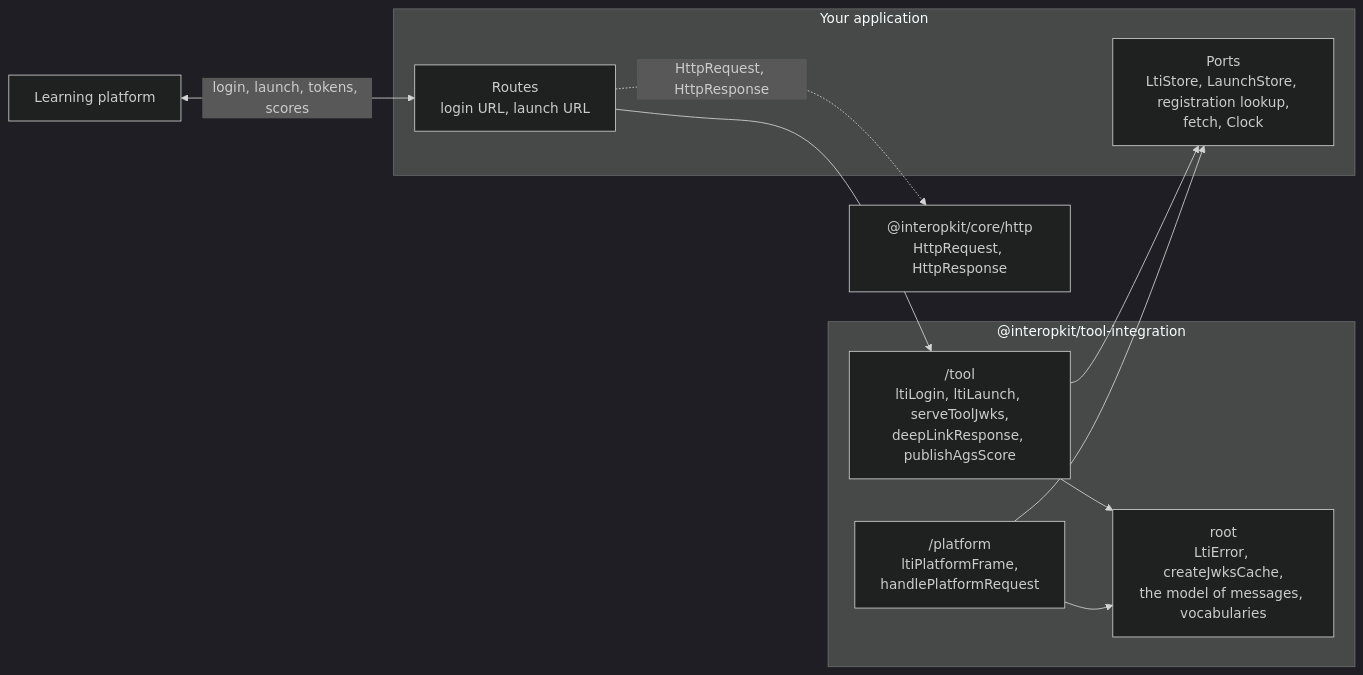
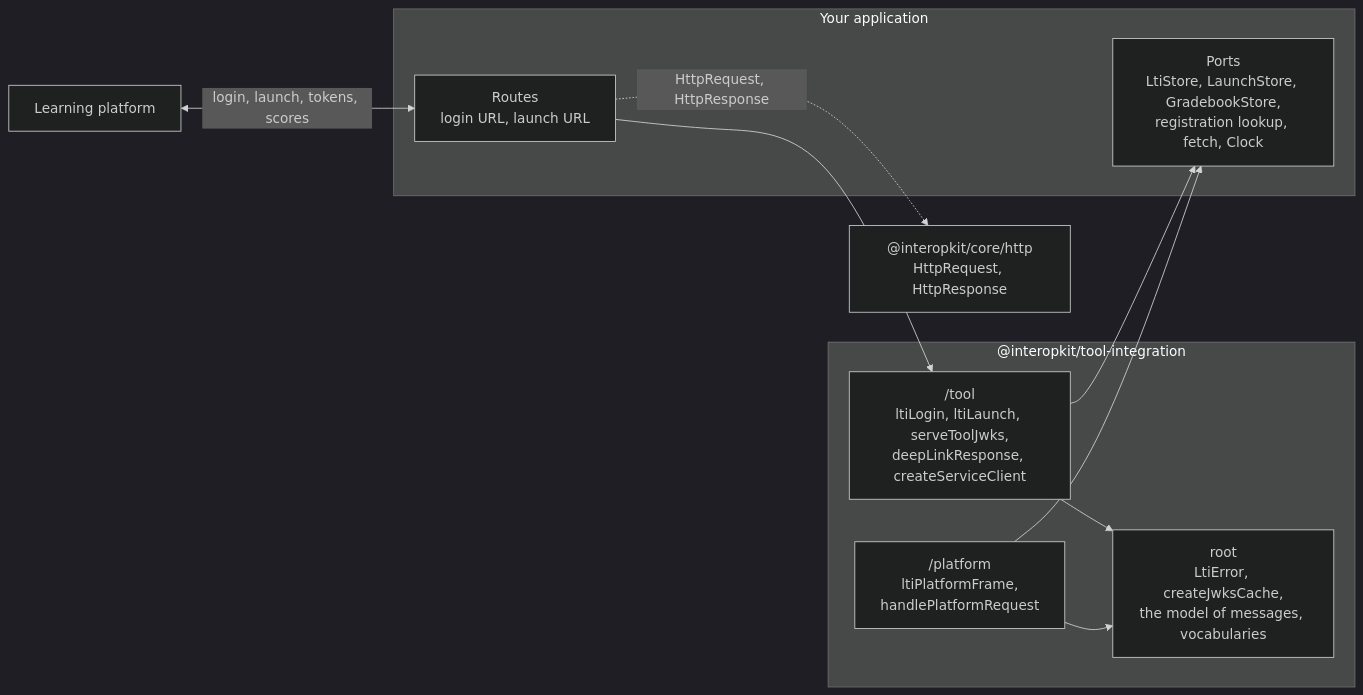
One commit to interopkit/interopkit changed the diagram in packages/tool-integration/README.md. Above: the diagram before and after it, drawn with Mermaid (dark theme). The commit also changed other lines of this file and 58 other files, not shown here.

First line of the commit message:
Serve and call the Assignment and Grade Services over a GradebookStore, with a service client that reuses its tokens

````diff
--- a/packages/tool-integration/README.md
+++ b/packages/tool-integration/README.md
@@ -12,21 +12,21 @@
 ```mermaid
 flowchart LR
   platform["Learning platform"]
   subgraph host["Your application"]
     routes["Routes<br/>login URL, launch URL"]
-    ports["Ports<br/>LtiStore, LaunchStore, registration lookup,<br/>fetch, Clock"]
+    ports["Ports<br/>LtiStore, LaunchStore, GradebookStore,<br/>registration lookup, fetch, Clock"]
   end
   subgraph pkg["@interopkit/tool-integration"]
-    tool["/tool<br/>ltiLogin, ltiLaunch, serveToolJwks,<br/>deepLinkResponse, publishAgsScore"]
+    tool["/tool<br/>ltiLogin, ltiLaunch, serveToolJwks,<br/>deepLinkResponse, createServiceClient"]
     platformRole["/platform<br/>ltiPlatformFrame,<br/>handlePlatformRequest"]
     root["root<br/>LtiError, createJwksCache,<br/>the model of messages, vocabularies"]
   end
   http["@interopkit/core/http<br/>HttpRequest, HttpResponse"]
   platform <-->|"login, launch, tokens, scores"| routes
   routes --> tool
   routes -.->|"HttpRequest, HttpResponse"| http
   tool --> ports
   platformRole --> ports
   tool --> root
   platformRole --> root
 ```
````
